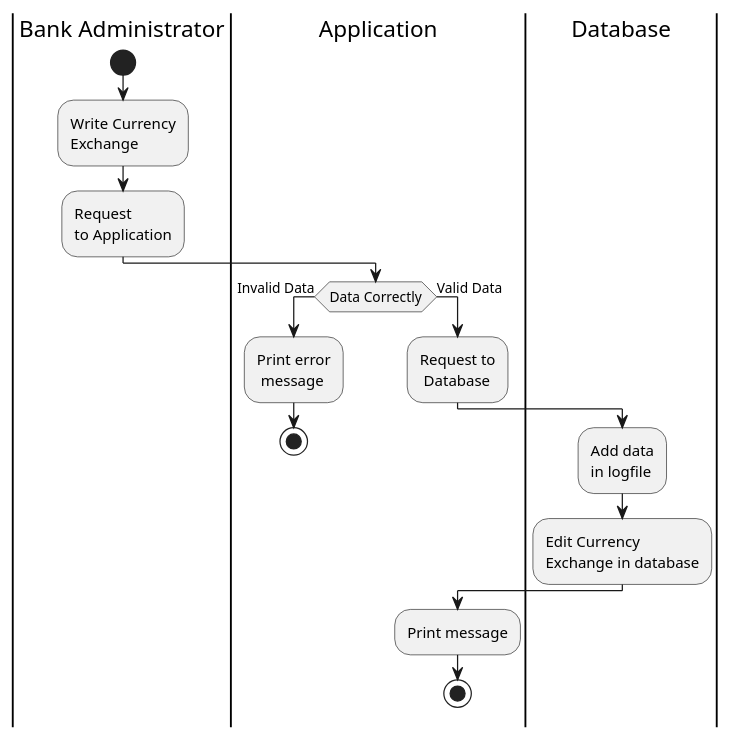
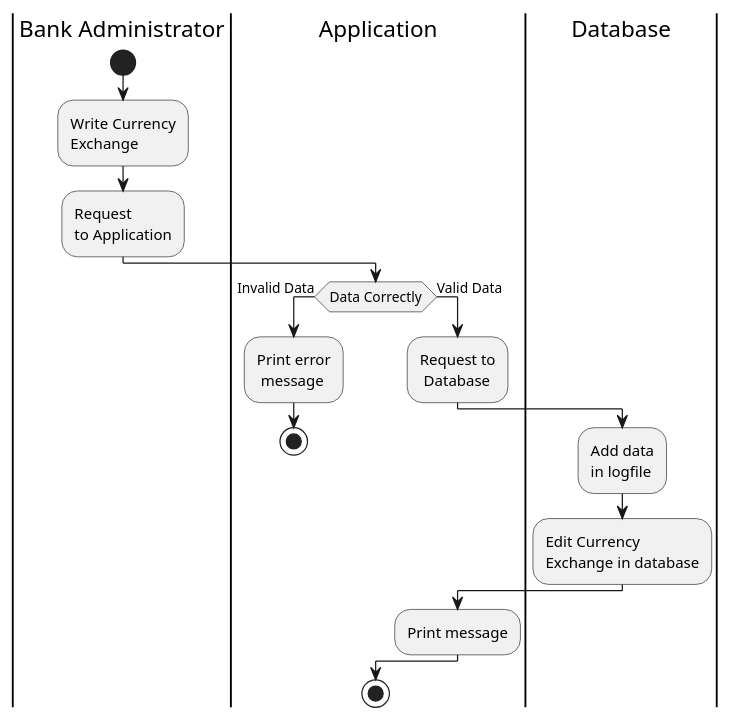
The diagram in ExchangeOfficeApplication/UML/ActivityAdministratorDiagram.puml (DanilaKe/ExchangeOfficeApplication), drawn with PlantUML before and after one commit. The commit also changed 5 other files, not shown here.

```diff
--- a/ExchangeOfficeApplication/UML/ActivityAdministratorDiagram.puml
+++ b/ExchangeOfficeApplication/UML/ActivityAdministratorDiagram.puml
@@ -1,18 +1,19 @@
 @startuml
-|Bank Administrator|
-    start
-    :Write Currency\nExchange;
-    :Request\nto Application;
-|Application|
-    if (Data Correctly) then (Invalid Data)
-      :Print error\n message;
-      stop
-    else (Valid Data)
-    :Request to\n Database;
-|Database|
-    :Add data\nin logfile;
-    :Edit Currency\nExchange in database;
-|Application|
-      :Print message;
-stop
+    |Bank Administrator|
+        start
+            :Write Currency\nExchange;
+            :Request\nto Application;
+    |Application|
+            if (Data Correctly) then (Invalid Data)
+                :Print error\n message;
+                stop
+            else (Valid Data)
+                :Request to\n Database;
+    |Database|
+                :Add data\nin logfile;
+                :Edit Currency\nExchange in database;
+    |Application|
+                :Print message;
+            endif
+        stop
 @enduml
```
